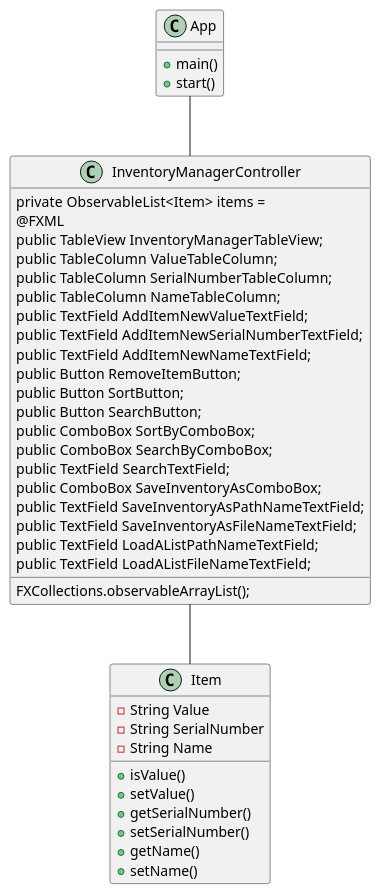
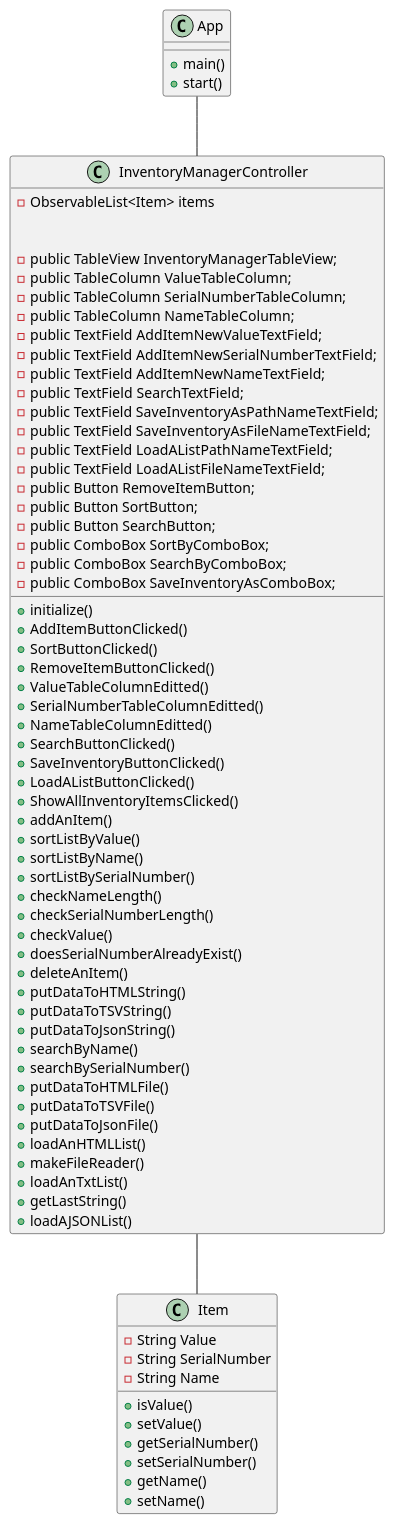
The diagram in uml/Application.puml (Awesome-wolf-101/ashby-5057-a5), drawn with PlantUML before and after one commit. The commit also changed 5 other files, not shown here.

Commit message:
Cleaned up some code, added a readme.md file, and updated my uml diagram.

```diff
--- a/uml/Application.puml
+++ b/uml/Application.puml
@@ -1,52 +1,88 @@
 @startuml
 'https://plantuml.com/sequence-diagram
 
 class App{
 
 +main()
 +start()
 }
 
 class Item{
     - String Value
     - String SerialNumber
     - String Name
 
     +isValue()
     +setValue()
     +getSerialNumber()
     +setSerialNumber()
     +getName()
     +setName()
 
 }
 
 class InventoryManagerController{
-    private  ObservableList<Item> items =
-            FXCollections.observableArrayList();
-    @FXML
-    public TableView InventoryManagerTableView;
-    public TableColumn ValueTableColumn;
-    public TableColumn SerialNumberTableColumn;
-    public TableColumn NameTableColumn;
-    public TextField AddItemNewValueTextField;
-    public TextField AddItemNewSerialNumberTextField;
-    public TextField AddItemNewNameTextField;
-    public Button RemoveItemButton;
-    public Button SortButton;
-    public Button SearchButton;
-    public ComboBox SortByComboBox;
-    public ComboBox SearchByComboBox;
-    public TextField SearchTextField;
-    public ComboBox SaveInventoryAsComboBox;
-    public TextField SaveInventoryAsPathNameTextField;
-    public TextField SaveInventoryAsFileNameTextField;
-    public TextField LoadAListPathNameTextField;
-    public TextField LoadAListFileNameTextField;
+    -ObservableList<Item> items
+
+
+    -public TableView InventoryManagerTableView;
+    -public TableColumn ValueTableColumn;
+    -public TableColumn SerialNumberTableColumn;
+    -public TableColumn NameTableColumn;
+    -public TextField AddItemNewValueTextField;
+    -public TextField AddItemNewSerialNumberTextField;
+    -public TextField AddItemNewNameTextField;
+    -public TextField SearchTextField;
+    -public TextField SaveInventoryAsPathNameTextField;
+    -public TextField SaveInventoryAsFileNameTextField;
+    -public TextField LoadAListPathNameTextField;
+    -public TextField LoadAListFileNameTextField;
+    -public Button RemoveItemButton;
+    -public Button SortButton;
+    -public Button SearchButton;
+    -public ComboBox SortByComboBox;
+    -public ComboBox SearchByComboBox;
+    -public ComboBox SaveInventoryAsComboBox;
+
+    +initialize()
+    +AddItemButtonClicked()
+    +SortButtonClicked()
+    +RemoveItemButtonClicked()
+    +ValueTableColumnEditted()
+    +SerialNumberTableColumnEditted()
+    +NameTableColumnEditted()
+    +SearchButtonClicked()
+    +SaveInventoryButtonClicked()
+    +LoadAListButtonClicked()
+    +ShowAllInventoryItemsClicked()
+    +addAnItem()
+    +sortListByValue()
+    +sortListByName()
+    +sortListBySerialNumber()
+    +checkNameLength()
+    +checkSerialNumberLength()
+    +checkValue()
+    +doesSerialNumberAlreadyExist()
+    +deleteAnItem()
+    +putDataToHTMLString()
+    +putDataToTSVString()
+    +putDataToJsonString()
+    +searchByName()
+    +searchBySerialNumber()
+    +putDataToHTMLFile()
+    +putDataToTSVFile()
+    +putDataToJsonFile()
+    +loadAnHTMLList()
+    +makeFileReader()
+    +loadAnTxtList()
+    +getLastString()
+    +loadAJSONList()
+
+
 }
 
 
 
 App -- InventoryManagerController
 InventoryManagerController -- Item
 @enduml
```
